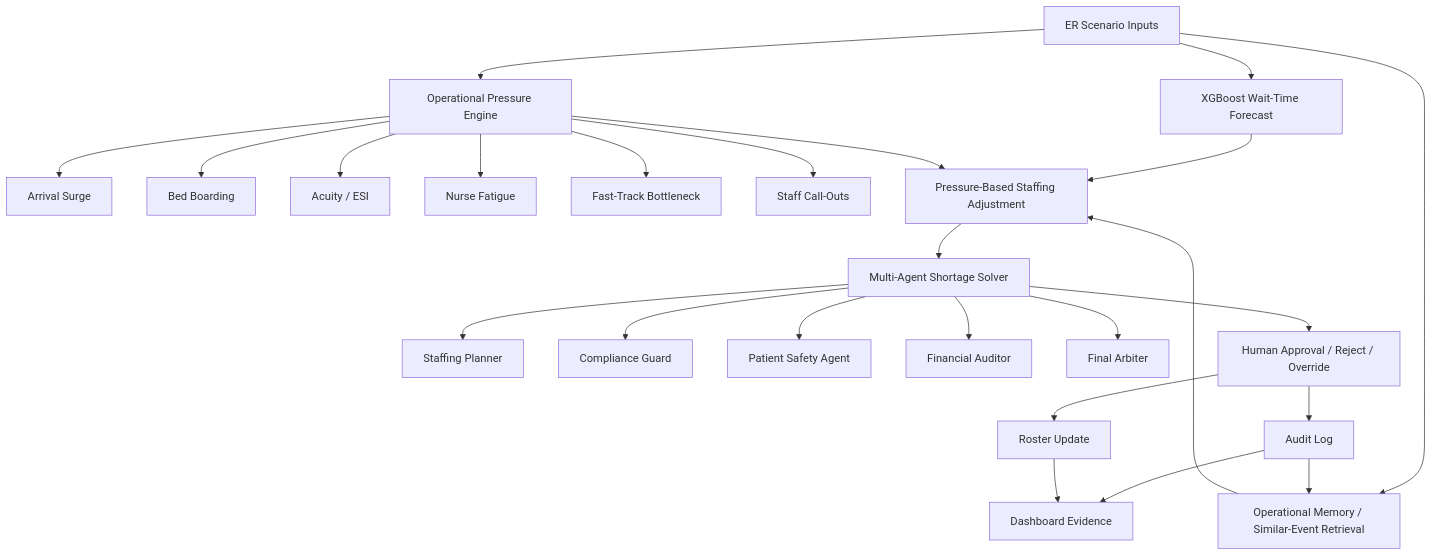
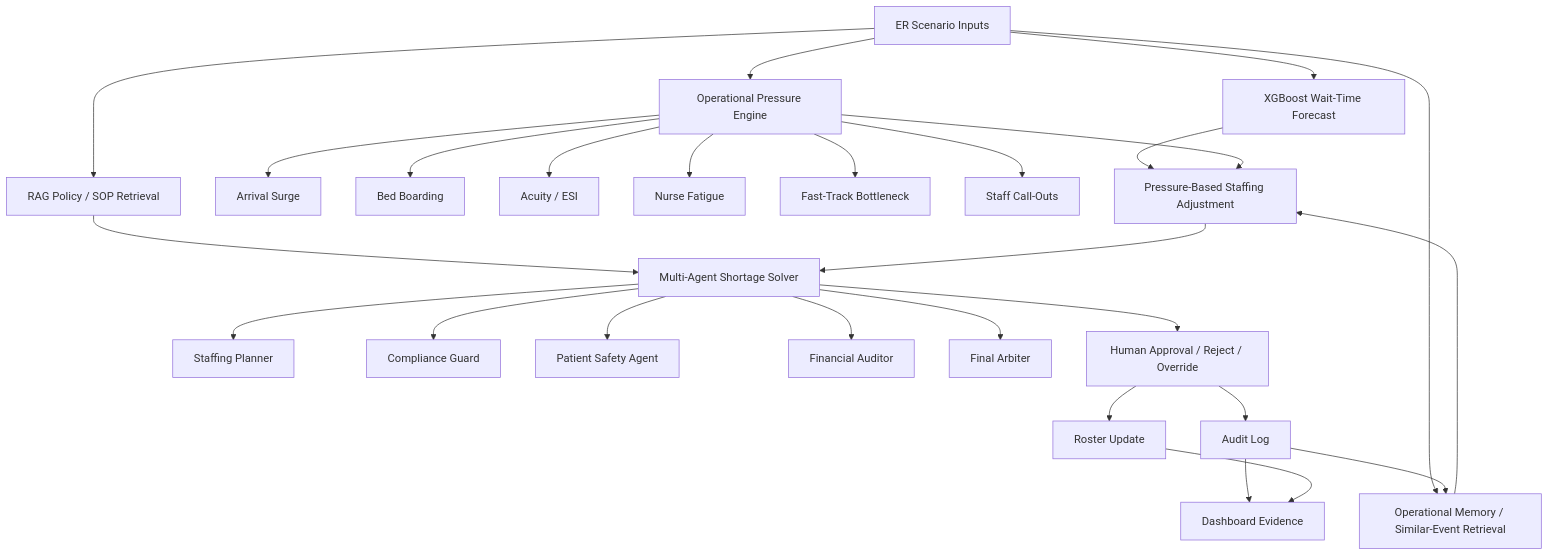
The first of 2 diagrams in README.md (draculess99/SafeStaff_AI), drawn with Mermaid before and after one commit. The commit also changed other lines of this file and 7 other files, not shown here.

````diff
--- a/README.md
+++ b/README.md
@@ -189,32 +246,34 @@
 ```mermaid
 flowchart TD
     A[ER Scenario Inputs] --> B[XGBoost Wait-Time Forecast]
     A --> C[Operational Pressure Engine]
     A --> M[Operational Memory / Similar-Event Retrieval]
+    A --> R[RAG Policy / SOP Retrieval]
 
     C --> C1[Arrival Surge]
     C --> C2[Bed Boarding]
     C --> C3[Acuity / ESI]
     C --> C4[Nurse Fatigue]
     C --> C5[Fast-Track Bottleneck]
     C --> C6[Staff Call-Outs]
 
     B --> D[Pressure-Based Staffing Adjustment]
     C --> D
     M --> D
+    R --> E
 
     D --> E[Multi-Agent Shortage Solver]
     E --> E1[Staffing Planner]
     E --> E2[Compliance Guard]
     E --> E3[Patient Safety Agent]
     E --> E4[Financial Auditor]
     E --> E5[Final Arbiter]
 
     E --> F[Human Approval / Reject / Override]
     F --> G[Roster Update]
     F --> H[Audit Log]
 
     H --> I[Dashboard Evidence]
     G --> I
     H --> M
 ```
````
